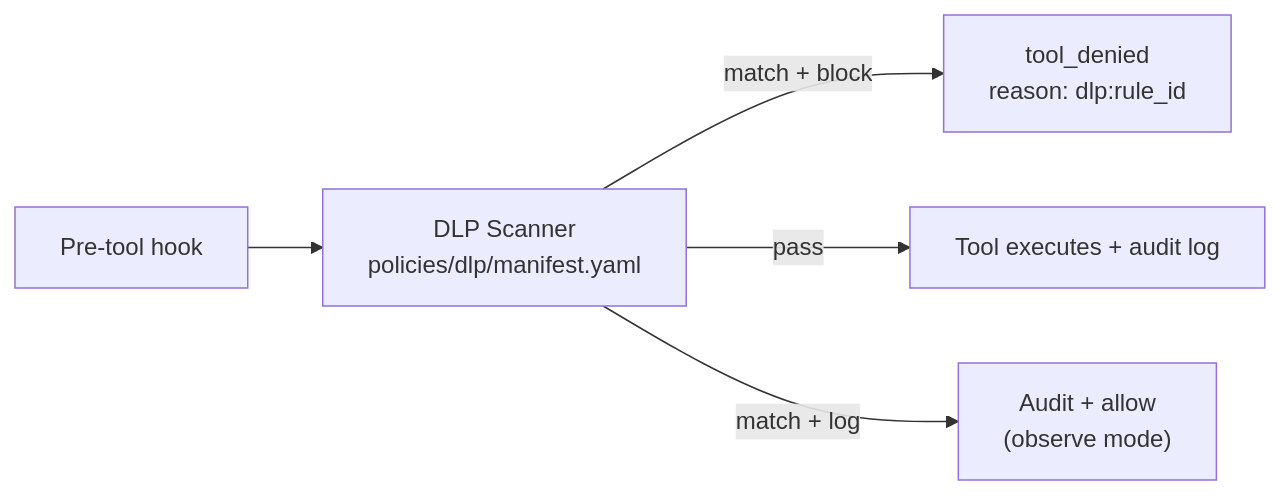
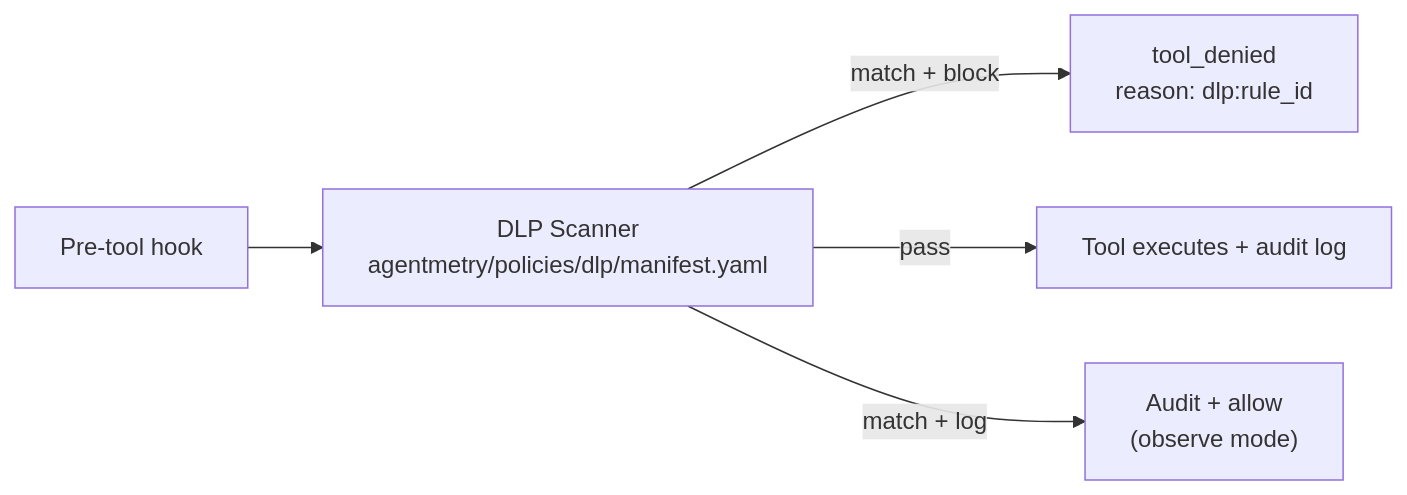
One commit to blitzcrieg1/agentmetry changed the third of 3 diagrams in README.md. Above: the diagram before and after it, drawn with Mermaid. The commit also changed other lines of this file and 21 other files, not shown here.

````diff
--- a/README.md
+++ b/README.md
@@ -552,7 +577,7 @@
 ```mermaid
 flowchart LR
-  HOOK["Pre-tool hook"] --> SCAN["DLP Scanner<br/>policies/dlp/manifest.yaml"]
+  HOOK["Pre-tool hook"] --> SCAN["DLP Scanner<br/>agentmetry/policies/dlp/manifest.yaml"]
   SCAN -->|match + block| DENY["tool_denied<br/>reason: dlp:rule_id"]
   SCAN -->|pass| EXEC["Tool executes + audit log"]
   SCAN -->|match + log| WARN["Audit + allow<br/>(observe mode)"]
 ```
````
